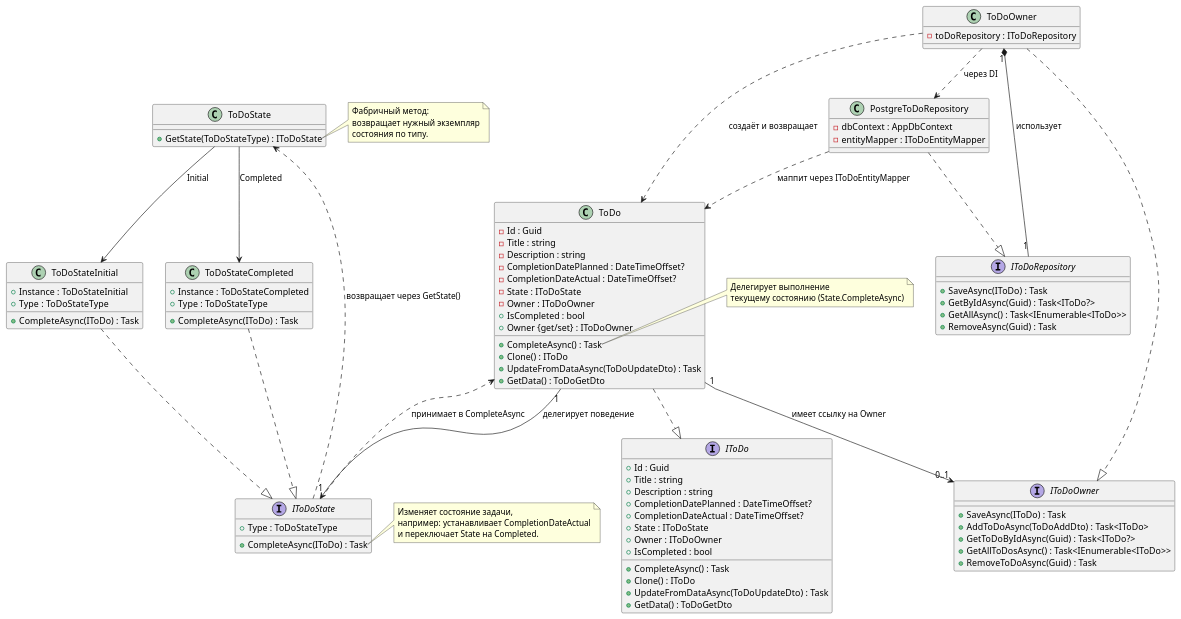
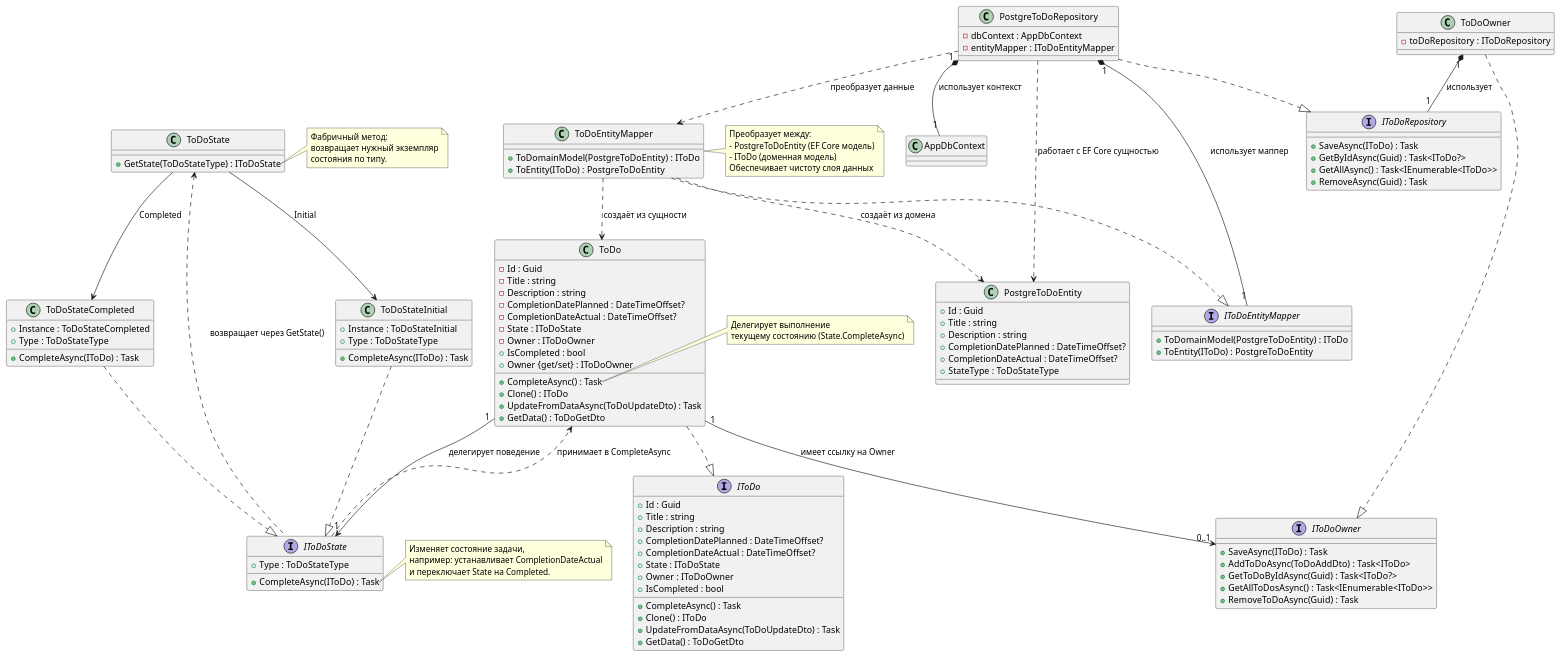
Before and after one commit to dtatarkov/todo: the diagram in Diagrams/Entities.plantuml, drawn with PlantUML.

Commit message:
Added more details to Entities diagram

```diff
--- a/Diagrams/Entities.plantuml
+++ b/Diagrams/Entities.plantuml
@@ -1,124 +1,162 @@
 @startuml
 
 ' Интерфейсы
 interface IToDo {
     +Id : Guid
     +Title : string
     +Description : string
     +CompletionDatePlanned : DateTimeOffset?
     +CompletionDateActual : DateTimeOffset?
     +State : IToDoState
     +Owner : IToDoOwner
     +IsCompleted : bool
     +CompleteAsync() : Task
     +Clone() : IToDo
     +UpdateFromDataAsync(ToDoUpdateDto) : Task
     +GetData() : ToDoGetDto
 }
 
 interface IToDoOwner {
     +SaveAsync(IToDo) : Task
     +AddToDoAsync(ToDoAddDto) : Task<IToDo>
     +GetToDoByIdAsync(Guid) : Task<IToDo?>
     +GetAllToDosAsync() : Task<IEnumerable<IToDo>>
     +RemoveToDoAsync(Guid) : Task
 }
 
 interface IToDoRepository {
     +SaveAsync(IToDo) : Task
     +GetByIdAsync(Guid) : Task<IToDo?>
     +GetAllAsync() : Task<IEnumerable<IToDo>>
     +RemoveAsync(Guid) : Task
 }
 
+interface IToDoEntityMapper {
+    +ToDomainModel(PostgreToDoEntity) : IToDo
+    +ToEntity(IToDo) : PostgreToDoEntity
+}
+
 interface IToDoState {
     +Type : ToDoStateType
     +CompleteAsync(IToDo) : Task
 }
 
 ' Классы
 class ToDoOwner {
     -toDoRepository : IToDoRepository
 }
 
 class PostgreToDoRepository {
     -dbContext : AppDbContext
     -entityMapper : IToDoEntityMapper
+}
+
+class ToDoEntityMapper {
+    +ToDomainModel(PostgreToDoEntity) : IToDo
+    +ToEntity(IToDo) : PostgreToDoEntity
 }
 
 class ToDo {
     -Id : Guid
     -Title : string
     -Description : string
     -CompletionDatePlanned : DateTimeOffset?
     -CompletionDateActual : DateTimeOffset?
     -State : IToDoState
     -Owner : IToDoOwner
     +IsCompleted : bool
     +Owner {get/set} : IToDoOwner
     +CompleteAsync() : Task
     +Clone() : IToDo
     +UpdateFromDataAsync(ToDoUpdateDto) : Task
     +GetData() : ToDoGetDto
 }
 
 class ToDoState {
     +GetState(ToDoStateType) : IToDoState
 }
 
 class ToDoStateInitial {
     +Instance : ToDoStateInitial
     +Type : ToDoStateType
     +CompleteAsync(IToDo) : Task
 }
 
 class ToDoStateCompleted {
     +Instance : ToDoStateCompleted
     +Type : ToDoStateType
     +CompleteAsync(IToDo) : Task
 }
 
+class PostgreToDoEntity {
+    +Id : Guid
+    +Title : string
+    +Description : string
+    +CompletionDatePlanned : DateTimeOffset?
+    +CompletionDateActual : DateTimeOffset?
+    +StateType : ToDoStateType
+}
+
 ' Отношения реализации
 ToDoOwner ..|> IToDoOwner
 PostgreToDoRepository ..|> IToDoRepository
+ToDoEntityMapper ..|> IToDoEntityMapper
 ToDo ..|> IToDo
 ToDoStateInitial ..|> IToDoState
 ToDoStateCompleted ..|> IToDoState
 
-' Абстрактная фабрика состояний
-ToDoState <.. IToDoState : возвращает через GetState()
-
 ' Агрегация и зависимости
 ToDoOwner "1" *-- "1" IToDoRepository : использует
+
+PostgreToDoRepository "1" *-- "1" IToDoEntityMapper : использует маппер
+PostgreToDoRepository "1" *-- "1" AppDbContext : использует контекст
+
 ToDo "1" --> "0..1" IToDoOwner : имеет ссылку на Owner
 ToDo "1" --> "1" IToDoState : делегирует поведение
+
 IToDoState ..> ToDo : принимает в CompleteAsync
 
+ToDoEntityMapper ..> ToDo : создаёт из сущности
+ToDoEntityMapper ..> PostgreToDoEntity : создаёт из домена
+
+PostgreToDoRepository ..> PostgreToDoEntity : работает с EF Core сущностью
+PostgreToDoRepository ..> ToDoEntityMapper : преобразует данные
+
 ' Состояния
+ToDoState <.. IToDoState : возвращает через GetState()
 ToDoState --> ToDoStateInitial : Initial
 ToDoState --> ToDoStateCompleted : Completed
-
-' Использование репозитория
-ToDoOwner ..> PostgreToDoRepository : через DI
-ToDoOwner ..> ToDo : создаёт и возвращает
-PostgreToDoRepository ..> ToDo : маппит через IToDoEntityMapper
 
 ' Пояснения
 note right of ToDo::CompleteAsync
     Делегирует выполнение
     текущему состоянию (State.CompleteAsync)
 end note
 
 note right of IToDoState::CompleteAsync
     Изменяет состояние задачи,
     например: устанавливает CompletionDateActual
     и переключает State на Completed.
 end note
 
 note right of ToDoState::GetState
     Фабричный метод:
     возвращает нужный экземпляр
     состояния по типу.
 end note
 
+note right of PostgreToDoRepository::SaveAsync
+    При сохранении:
+    - Если Id пуст — вызывает AddAsync
+    - Иначе — UpdateAsync
+    Перед сохранением использует маппер
+end note
+
+note right of ToDoEntityMapper
+    Преобразует между:
+    - PostgreToDoEntity (EF Core модель)
+    - IToDo (доменная модель)
+    Обеспечивает чистоту слоя данных
+end note
+
 @enduml
```
